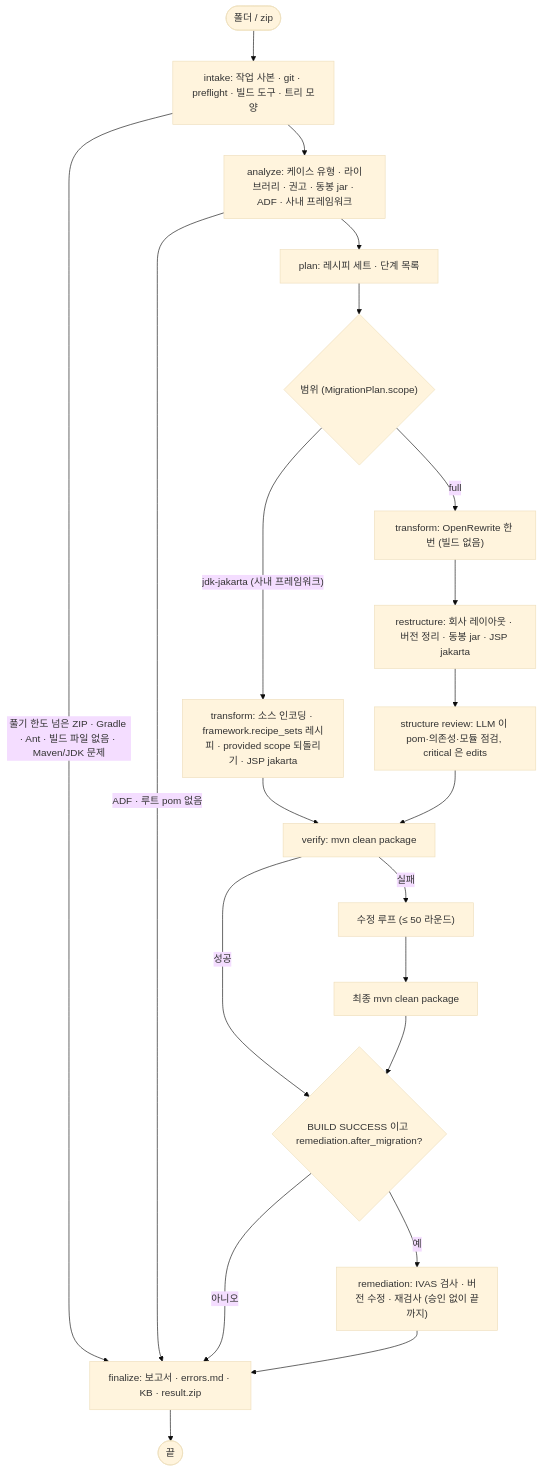
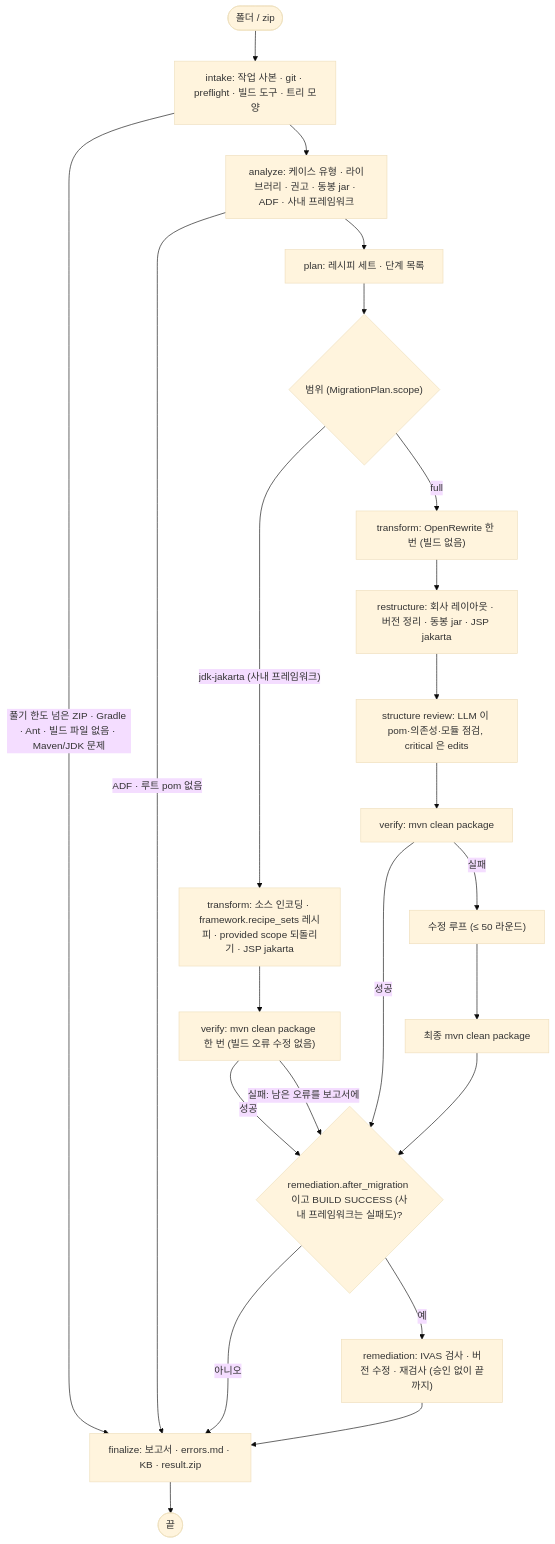
One commit to acandiatale/tutu changed the second of 8 diagrams in docs/migration-agent/README.md. Above: the diagram before and after it, drawn with Mermaid (base theme). The commit also changed other lines of this file and 79 other files, not shown here.

````diff
--- a/docs/migration-agent/README.md
+++ b/docs/migration-agent/README.md
@@ -99,23 +99,25 @@
 ```mermaid
 flowchart TD
   START(["폴더 / zip"]) --> INTAKE["intake: 작업 사본 · git · preflight · 빌드 도구 · 트리 모양"]
   INTAKE -->|"풀기 한도 넘은 ZIP · Gradle · Ant · 빌드 파일 없음 · Maven/JDK 문제"| FIN
   INTAKE --> ANALYZE["analyze: 케이스 유형 · 라이브러리 · 권고 · 동봉 jar · ADF · 사내 프레임워크"]
   ANALYZE -->|"ADF · 루트 pom 없음"| FIN
   ANALYZE --> PLAN["plan: 레시피 세트 · 단계 목록"]
   PLAN --> SC{"범위 (MigrationPlan.scope)"}
   SC -->|"full"| T["transform: OpenRewrite 한 번 (빌드 없음)"]
   SC -->|"jdk-jakarta (사내 프레임워크)"| TF["transform: 소스 인코딩 · framework.recipe_sets 레시피 · provided scope 되돌리기 · JSP jakarta"]
-  TF --> V
+  TF --> VO["verify: mvn clean package 한 번 (빌드 오류 수정 없음)"]
+  VO -->|"성공"| REM
+  VO -->|"실패: 남은 오류를 보고서에"| REM
   T --> R["restructure: 회사 레이아웃 · 버전 정리 · 동봉 jar · JSP jakarta"]
   R --> RV["structure review: LLM 이 pom·의존성·모듈 점검, critical 은 edits"]
   RV --> V["verify: mvn clean package"]
   V -->|"실패"| LOOP["수정 루프 (≤ 50 라운드)"]
   LOOP --> VF["최종 mvn clean package"]
-  V -->|"성공"| REM{"BUILD SUCCESS 이고 remediation.after_migration?"}
+  V -->|"성공"| REM{"remediation.after_migration 이고 BUILD SUCCESS (사내 프레임워크는 실패도)?"}
   VF --> REM
   REM -->|"예"| RM["remediation: IVAS 검사 · 버전 수정 · 재검사 (승인 없이 끝까지)"]
   REM -->|"아니오"| FIN["finalize: 보고서 · errors.md · KB · result.zip"]
   RM --> FIN
   FIN --> END(["끝"])
 ```
````
